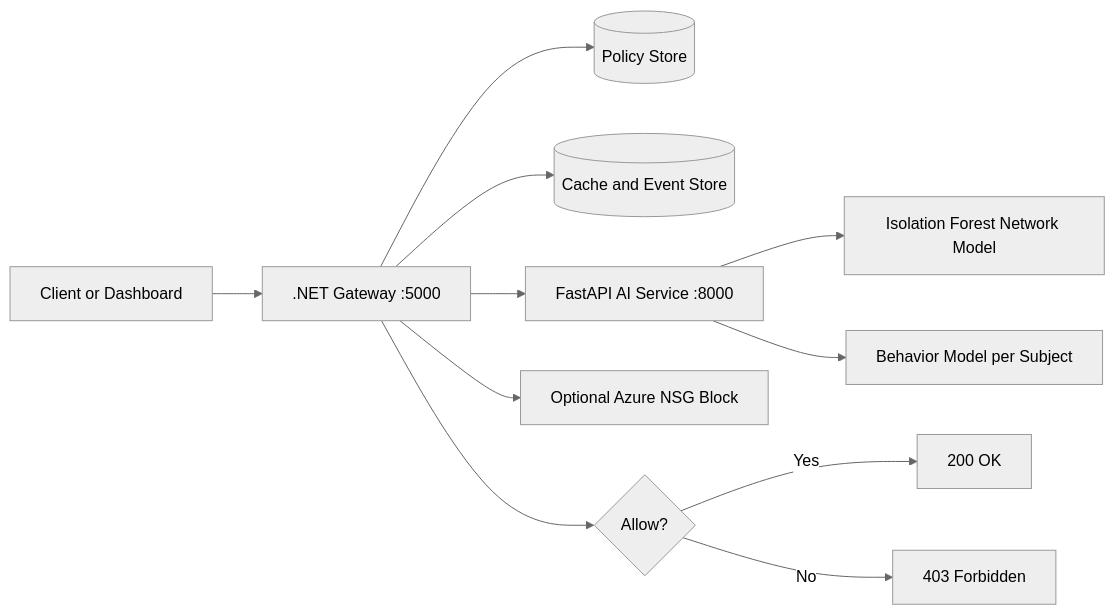
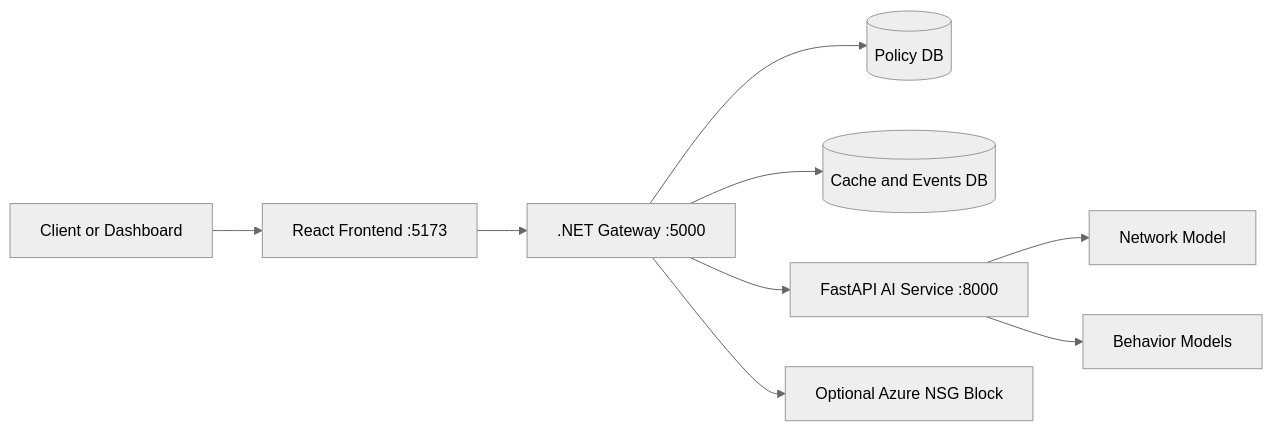
The first of 2 diagrams in README.md (captainprice27/ZTA), drawn with Mermaid (neutral theme) before and after one commit. The commit also changed other lines of this file and 6 other files, not shown here.

````diff
--- a/README.md
+++ b/README.md
@@ -33,13 +29,11 @@
 ```mermaid
 flowchart LR
-    U[Client or Dashboard] --> G[.NET Gateway :5000]
-    G --> P[(Policy Store)]
-    G --> C[(Cache and Event Store)]
+    U[Client or Dashboard] --> W[React Frontend :5173]
+    W --> G[.NET Gateway :5000]
+    G --> P[(Policy DB)]
+    G --> C[(Cache and Events DB)]
     G --> A[FastAPI AI Service :8000]
-    A --> N[Isolation Forest Network Model]
-    A --> B[Behavior Model per Subject]
+    A --> N[Network Model]
+    A --> B[Behavior Models]
     G --> X[Optional Azure NSG Block]
-    G --> R{Allow?}
-    R -->|Yes| OK[200 OK]
-    R -->|No| DENY[403 Forbidden]
 ```
````
